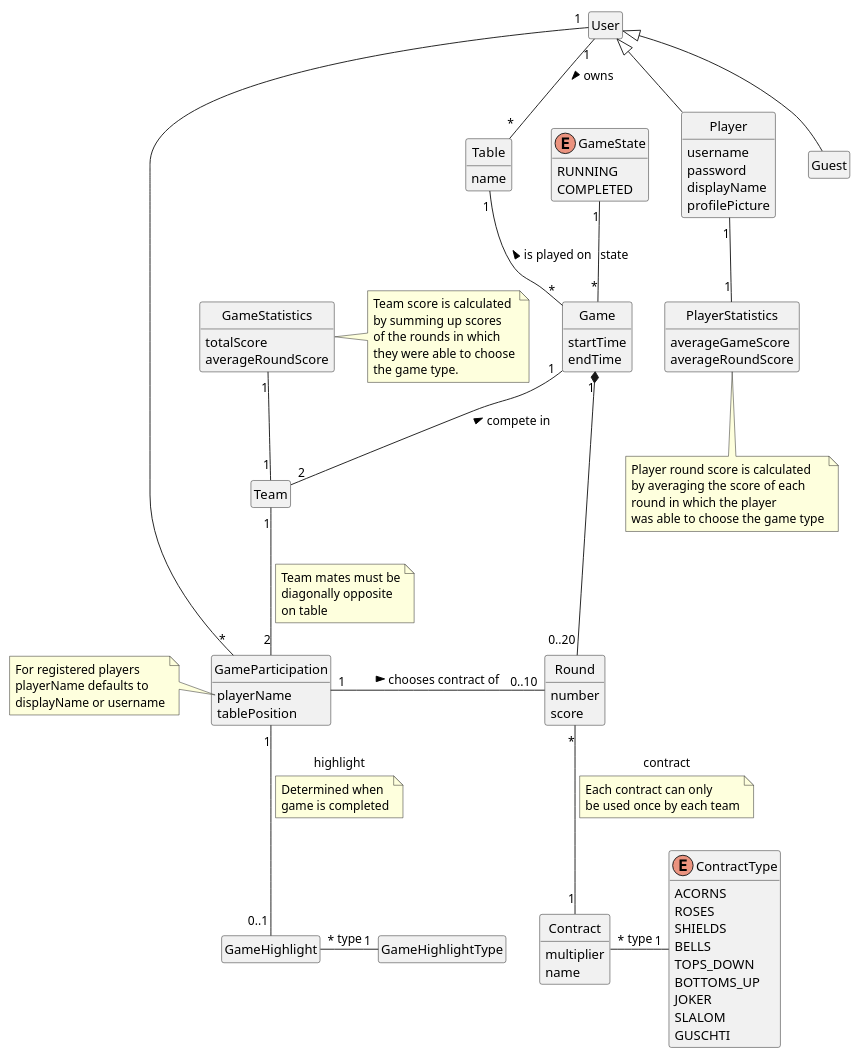
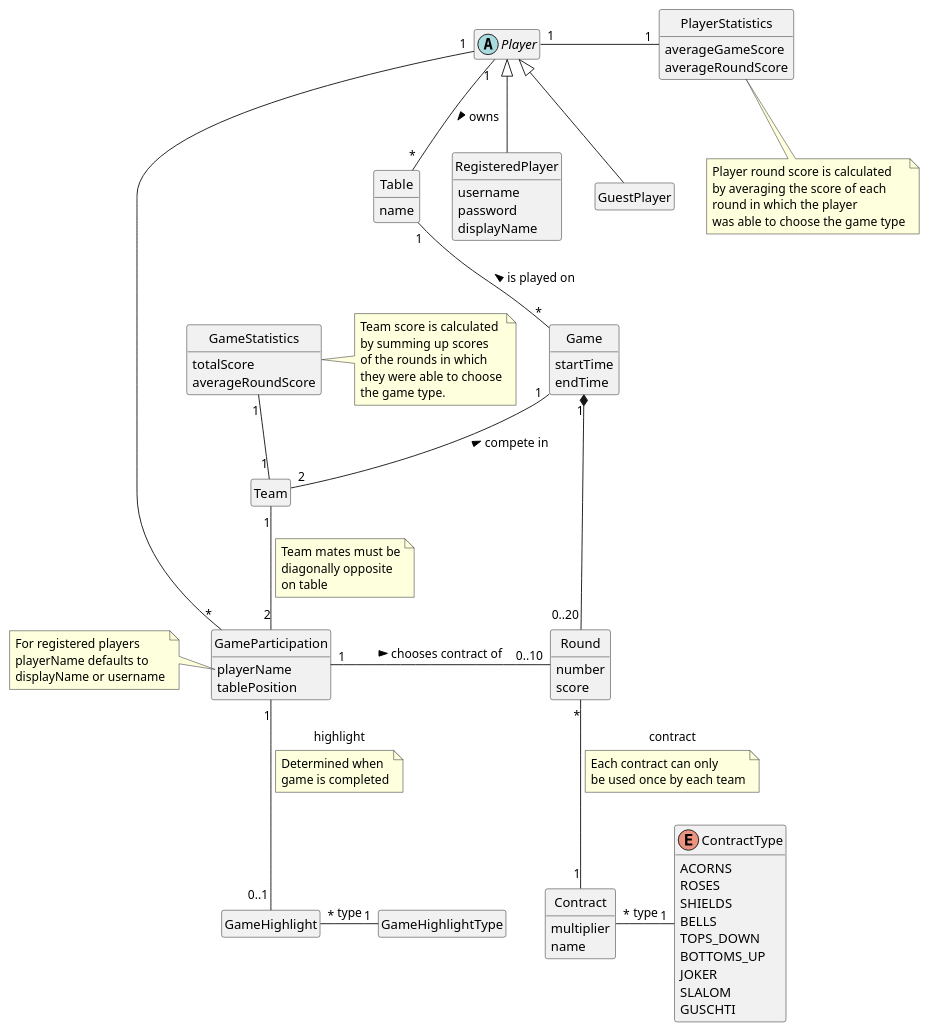
Before and after one commit to PascalHonegger/JassTracker: the diagram in Documentation/src/resources/diagrams/domain-model.puml, drawn with PlantUML. The commit also changed 1 other file, not shown here.

Commit message:
feat(doc): update domain model to reflect user refactoring

```diff
--- a/Documentation/src/resources/diagrams/domain-model.puml
+++ b/Documentation/src/resources/diagrams/domain-model.puml
@@ -1,133 +1,126 @@
 @startuml domain model
 
 hide class circle
 hide empty methods
 hide empty fields
 
-class User {
+abstract class Player {
 }
 
 class Table {
     name
 }
 
 class Game {
     startTime
     endTime
 }
 
 class GameStatistics {
     totalScore
     averageRoundScore
 }
 
 note right
     Team score is calculated
     by summing up scores
     of the rounds in which
     they were able to choose
     the game type.
 end note
 
-class Player {
+class RegisteredPlayer {
     username
     password
     displayName
-    profilePicture
 }
 
 class PlayerStatistics {
     averageGameScore
     averageRoundScore
 }
 
 note bottom
     Player round score is calculated
     by averaging the score of each
     round in which the player
     was able to choose the game type
 end note
 
 class GameParticipation {
     playerName
     tablePosition
 }
 
 note left of GameParticipation::playerName
     For registered players
     playerName defaults to
     displayName or username
 end note
 
 class Round {
     number
     score
 }
 
 class Contract {
     multiplier
     name
 }
 
 class Team {
 }
 
 class GameHighlight {
 }
 
 class GameHighlightType {
 }
 
-enum GameState {
-    RUNNING
-    COMPLETED
-}
-
 enum ContractType {
     ACORNS
     ROSES
     SHIELDS
     BELLS
     TOPS_DOWN
     BOTTOMS_UP
     JOKER
     SLALOM
     GUSCHTI
 }
 
-User <|-- Player
-User <|-- Guest
-User "1" -- "*" GameParticipation
+Player <|-- RegisteredPlayer
+Player <|-- GuestPlayer
+Player "1" -- "*" GameParticipation
 Team "1" -- "2" GameParticipation
 note on link
     Team mates must be
     diagonally opposite
     on table
 end note
 
-User "1" -- "*" Table : owns >
+Player "1" -- "*" Table : owns >
 Table "1" -- "*" Game : is played on <
 
 Game "1" --  "2" Team  : compete in <
 Game "1" *-- "0..20" Round
-GameState "1" -- "*" Game  : state
 Contract "1" --u "*" Round  : contract
 note on link
     Each contract can only
     be used once by each team
 end note
 ContractType "1" --l "*" Contract : type
 
 GameParticipation "1" --r "0..10" Round : chooses contract of >
 
 GameParticipation "1" -- "0..1" GameHighlight : highlight
 note on link
     Determined when
     game is completed
 end note
 GameHighlightType "1" --l "*" GameHighlight  : type
 
 Team "1" --u  "1" GameStatistics
-Player "1" -- "1"PlayerStatistics
+Player "1" -r- "1"PlayerStatistics
 
 @enduml
```
